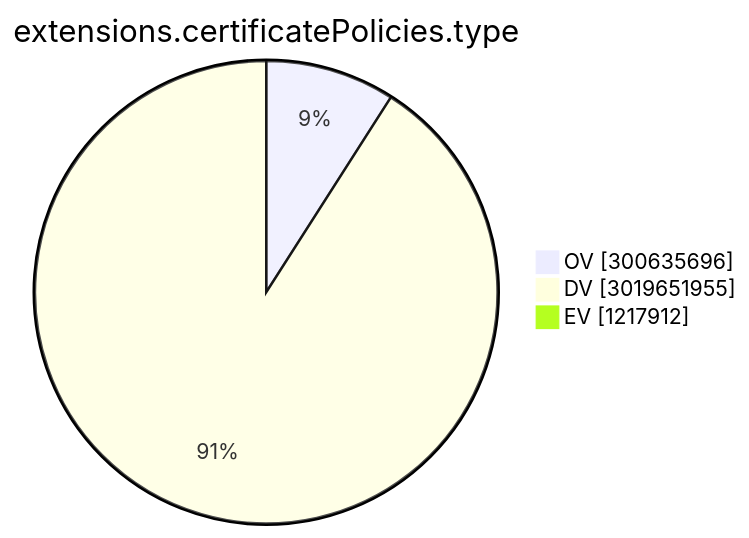
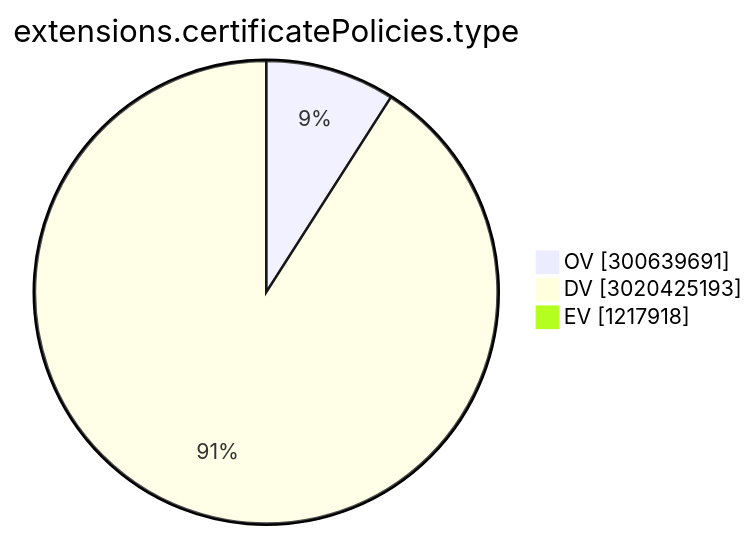
One commit to christiankrug/ctmonitor_visualization changed the ninth of 15 diagrams in TOTAL/README.md. Above: the diagram before and after it, drawn with Mermaid. The commit also changed other lines of this file, not shown here.

````diff
--- a/TOTAL/README.md
+++ b/TOTAL/README.md
@@ -3102,7 +3102,7 @@
 ```mermaid
 pie showData
 title extensions.certificatePolicies.type
-"OV" :300635696
-"DV" :3019651955
-"EV" :1217912
+"OV" :300639691
+"DV" :3020425193
+"EV" :1217918
 ```
````
